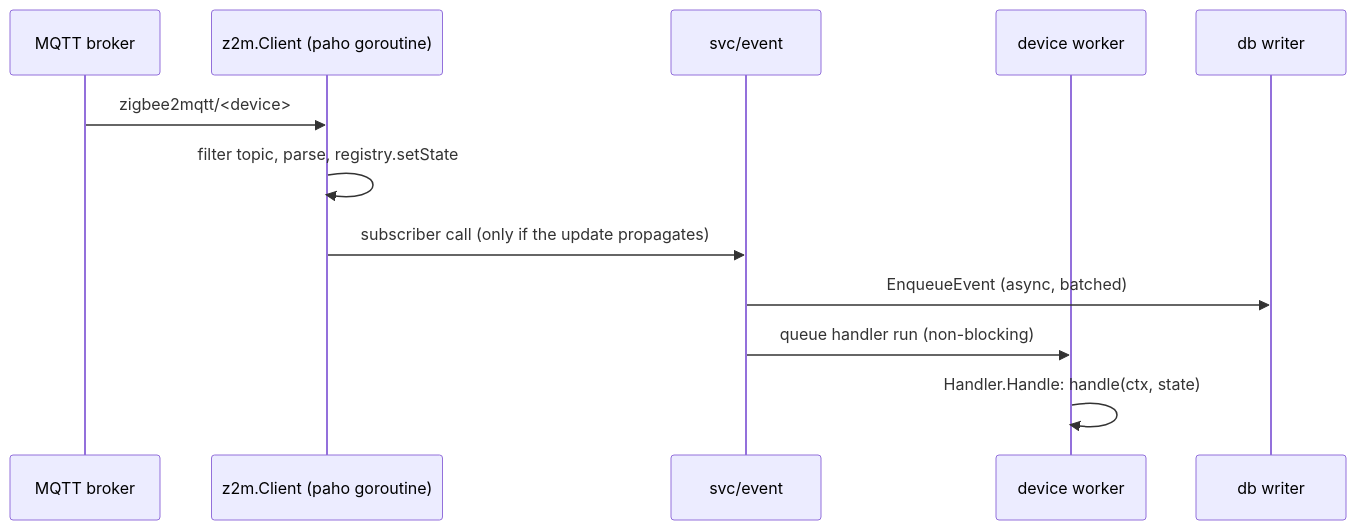
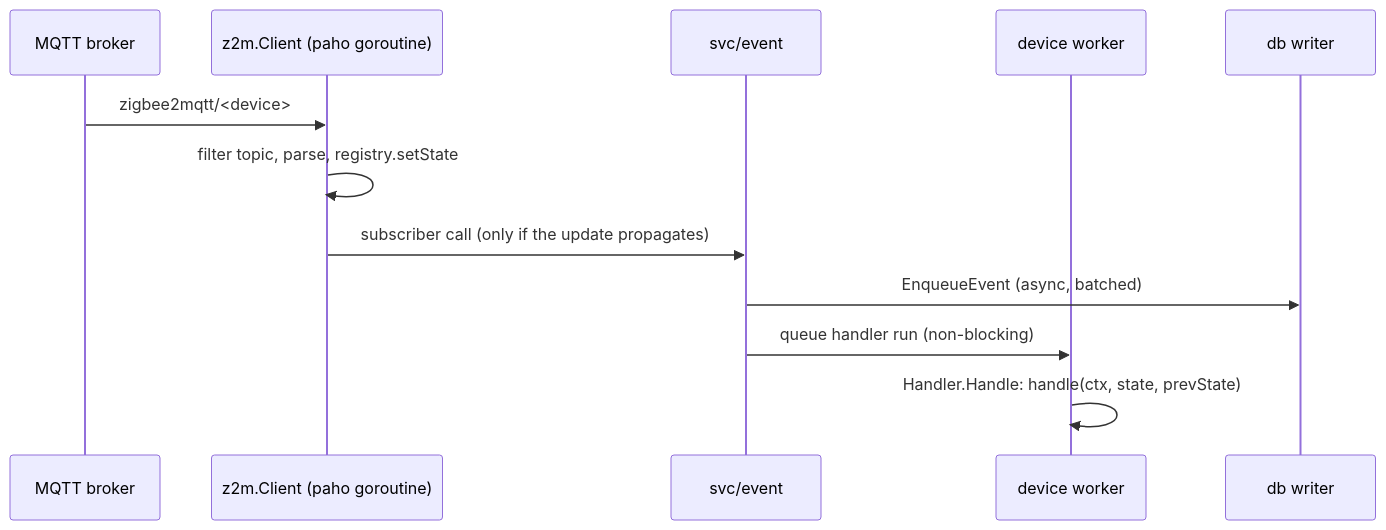
One commit to homeland-live/homeland changed the diagram in docs/ARCHITECTURE.md. Above: the diagram before and after it, drawn with Mermaid. The commit also changed other lines of this file and 25 other files, not shown here.

First line of the commit message:
feat(script): pass prevState to handle

````diff
--- a/docs/ARCHITECTURE.md
+++ b/docs/ARCHITECTURE.md
@@ -36,14 +36,14 @@
 ```mermaid
 sequenceDiagram
     participant B as MQTT broker
     participant Z as z2m.Client (paho goroutine)
     participant E as svc/event
     participant W as device worker
     participant D as db writer
     B->>Z: zigbee2mqtt/<device>
     Z->>Z: filter topic, parse, registry.setState
     Z->>E: subscriber call (only if the update propagates)
     E->>D: EnqueueEvent (async, batched)
     E->>W: queue handler run (non-blocking)
-    W->>W: Handler.Handle: handle(ctx, state)
+    W->>W: Handler.Handle: handle(ctx, state, prevState)
 ```
````
